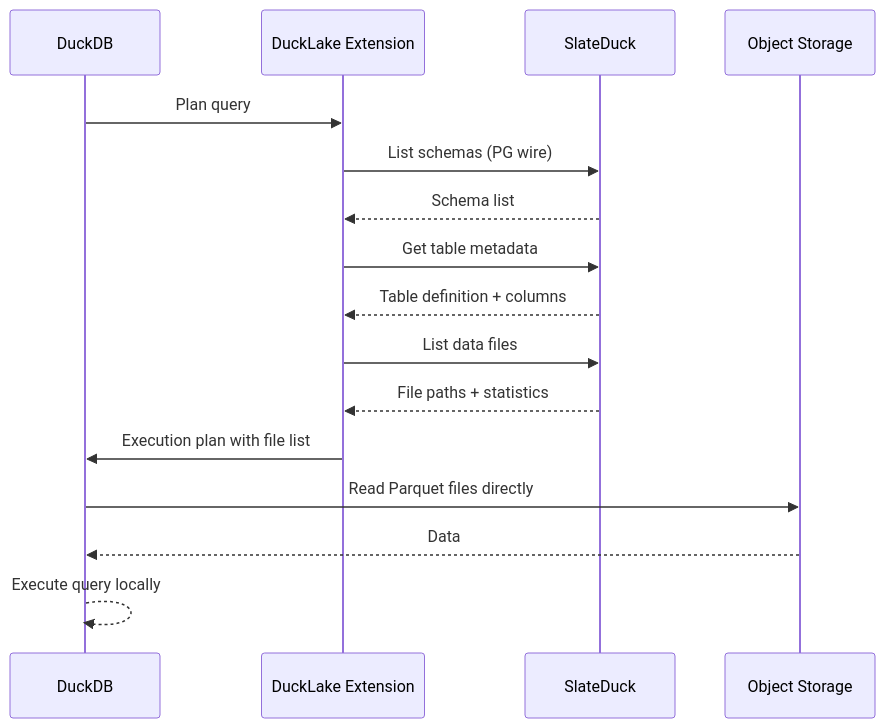
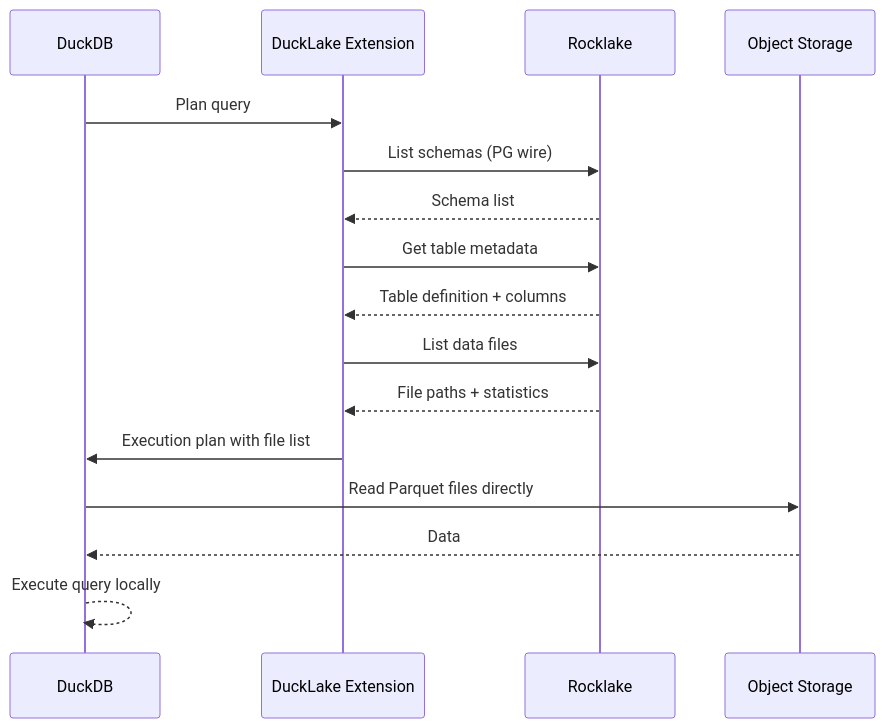
One commit to trickle-labs/slateduck changed the first of 2 diagrams in docs/integration/duckdb.md. Above: the diagram before and after it, drawn with Mermaid. The commit also changed other lines of this file and 396 other files, not shown here.

First line of the commit message:
rename: SlateDuck -> Rocklake across entire codebase

````diff
--- a/docs/integration/duckdb.md
+++ b/docs/integration/duckdb.md
@@ -88,19 +88,19 @@
 ```mermaid
 sequenceDiagram
     participant DuckDB
     participant DuckLake Extension
-    participant SlateDuck
+    participant Rocklake
     participant Object Storage
     
     DuckDB->>DuckLake Extension: Plan query
-    DuckLake Extension->>SlateDuck: List schemas (PG wire)
-    SlateDuck-->>DuckLake Extension: Schema list
-    DuckLake Extension->>SlateDuck: Get table metadata
-    SlateDuck-->>DuckLake Extension: Table definition + columns
-    DuckLake Extension->>SlateDuck: List data files
-    SlateDuck-->>DuckLake Extension: File paths + statistics
+    DuckLake Extension->>Rocklake: List schemas (PG wire)
+    Rocklake-->>DuckLake Extension: Schema list
+    DuckLake Extension->>Rocklake: Get table metadata
+    Rocklake-->>DuckLake Extension: Table definition + columns
+    DuckLake Extension->>Rocklake: List data files
+    Rocklake-->>DuckLake Extension: File paths + statistics
     DuckLake Extension->>DuckDB: Execution plan with file list
     DuckDB->>Object Storage: Read Parquet files directly
     Object Storage-->>DuckDB: Data
     DuckDB-->>DuckDB: Execute query locally
 ```
````
